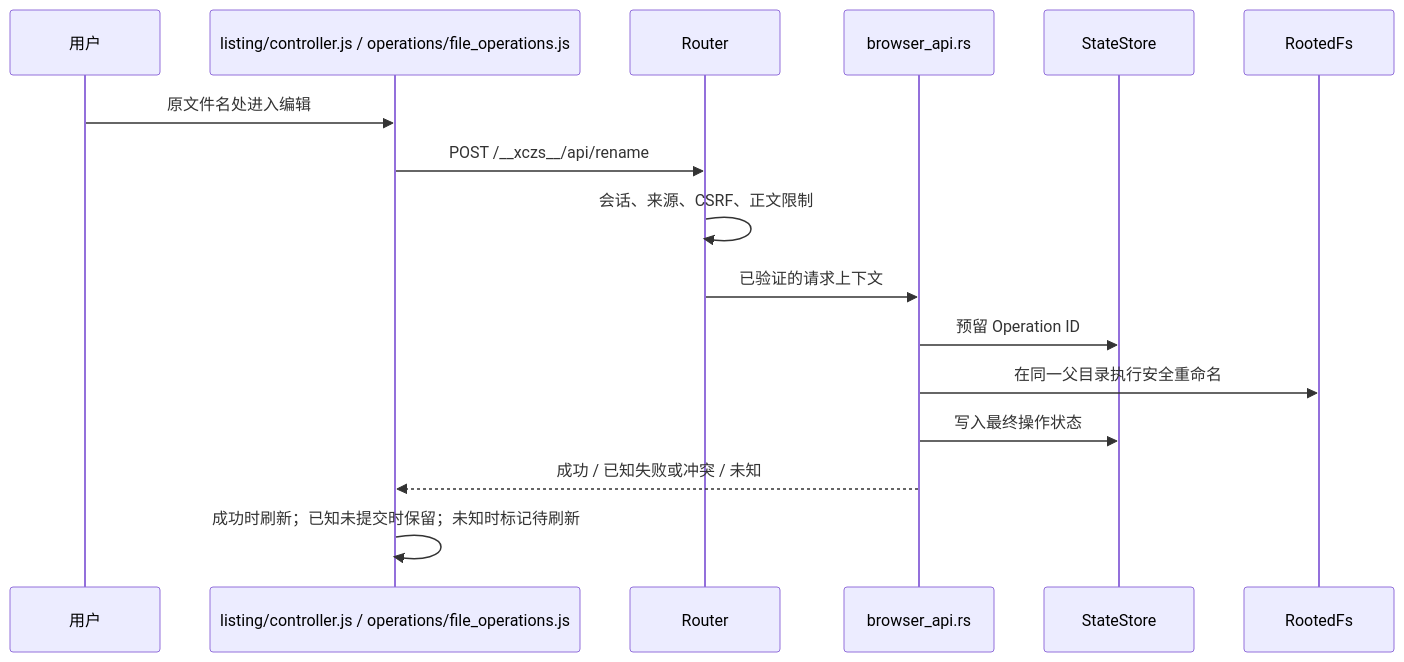
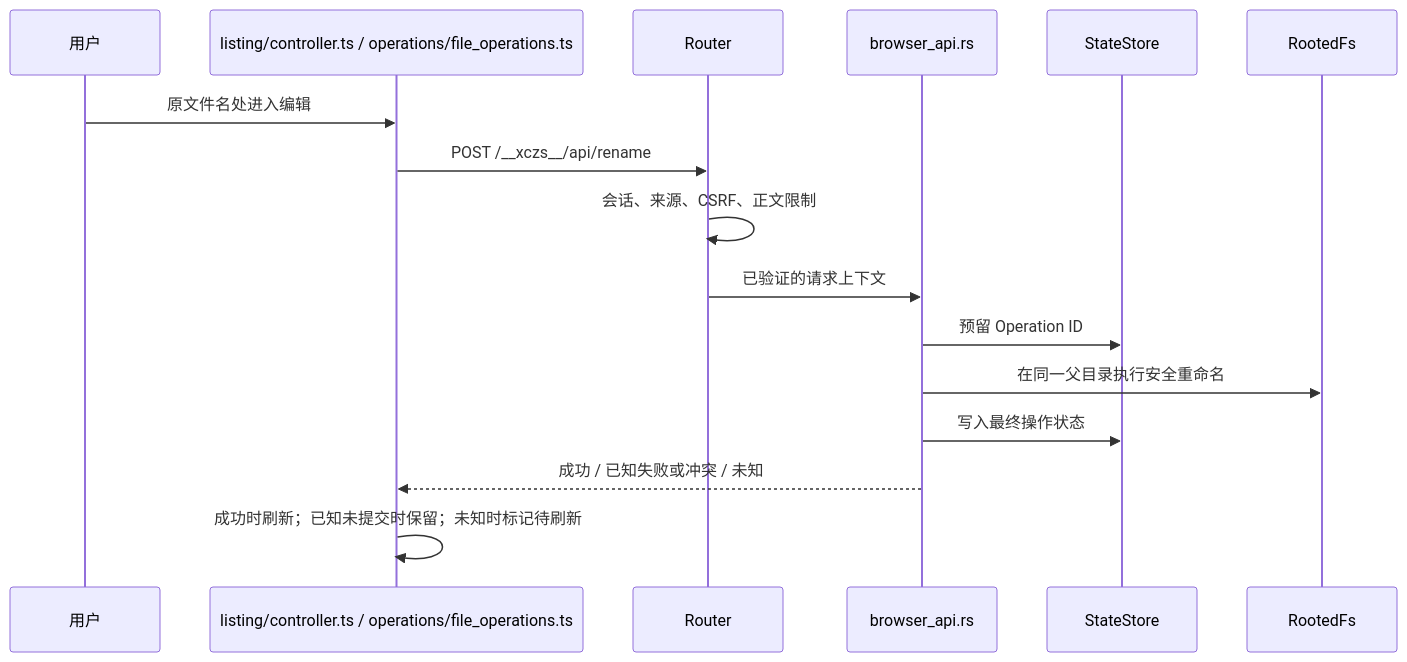
One commit to isarmg/dufs-ram-server changed the second of 2 diagrams in docs/beginner-guide/01-project-overview.md. Above: the diagram before and after it, drawn with Mermaid. The commit also changed other lines of this file and 186 other files, not shown here.

````diff
--- a/docs/beginner-guide/01-project-overview.md
+++ b/docs/beginner-guide/01-project-overview.md
@@ -100,18 +100,18 @@
 ```mermaid
 sequenceDiagram
     participant U as 用户
-    participant J as listing/controller.js / operations/file_operations.js
+    participant J as listing/controller.ts / operations/file_operations.ts
     participant R as Router
     participant A as browser_api.rs
     participant S as StateStore
     participant F as RootedFs
     U->>J: 原文件名处进入编辑
     J->>R: POST /__xczs__/api/rename
     R->>R: 会话、来源、CSRF、正文限制
     R->>A: 已验证的请求上下文
     A->>S: 预留 Operation ID
     A->>F: 在同一父目录执行安全重命名
     A->>S: 写入最终操作状态
     A-->>J: 成功 / 已知失败或冲突 / 未知
     J->>J: 成功时刷新；已知未提交时保留；未知时标记待刷新
 ```
````
